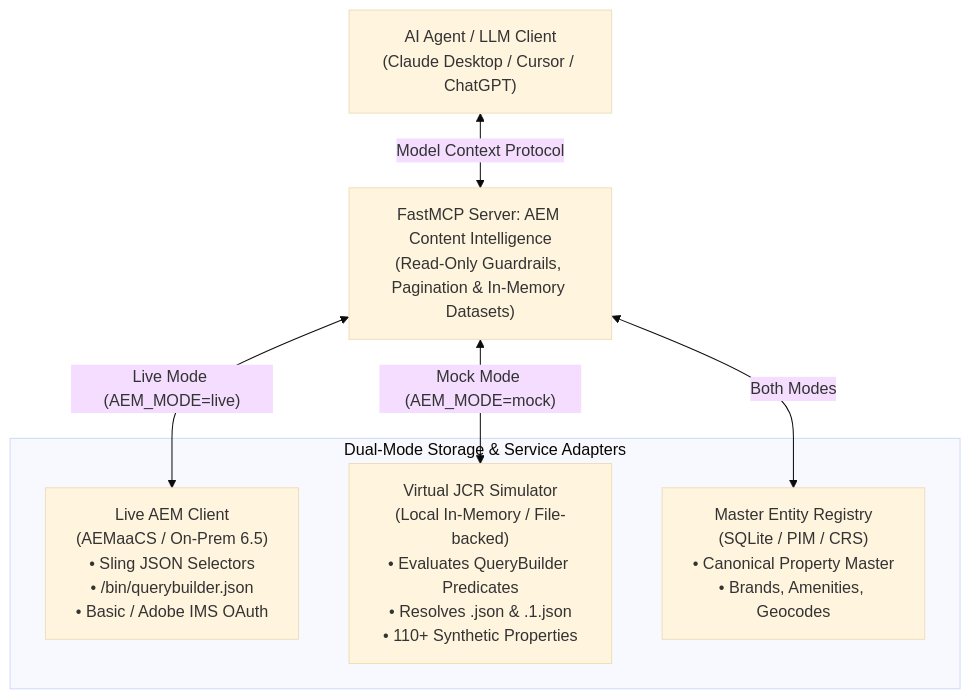
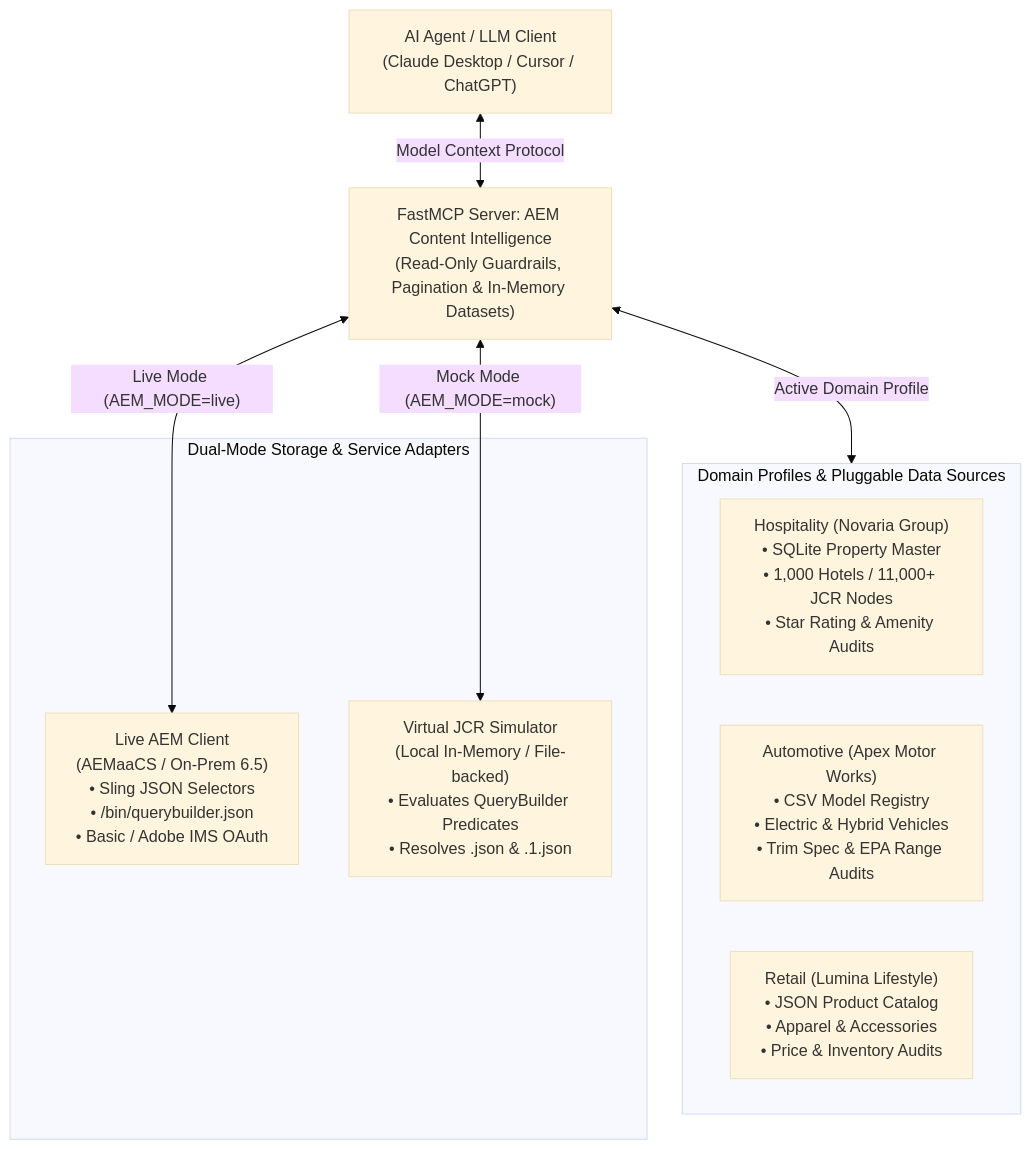
One commit to fabidi/aem-mcp-starter-kit changed the diagram in README.md. Above: the diagram before and after it, drawn with Mermaid (base theme). The commit also changed other lines of this file and 15 other files, not shown here.

Commit message:
feat(domains): add multi-domain support with automotive (CSV) and retail (JSON) presets

````diff
--- a/README.md
+++ b/README.md
@@ -22,16 +22,21 @@
 ```mermaid
 flowchart TD
     Client["AI Agent / LLM Client<br/>(Claude Desktop / Cursor / ChatGPT)"]
     MCP["FastMCP Server: AEM Content Intelligence<br/>(Read-Only Guardrails, Pagination & In-Memory Datasets)"]
 
+    subgraph DomainMgr ["Domain Profiles & Pluggable Data Sources"]
+        Hosp["Hospitality (Novaria Group)<br/>• SQLite Property Master<br/>• 1,000 Hotels / 11,000+ JCR Nodes<br/>• Star Rating & Amenity Audits"]
+        Auto["Automotive (Apex Motor Works)<br/>• CSV Model Registry<br/>• Electric & Hybrid Vehicles<br/>• Trim Spec & EPA Range Audits"]
+        Retail["Retail (Lumina Lifestyle)<br/>• JSON Product Catalog<br/>• Apparel & Accessories<br/>• Price & Inventory Audits"]
+    end
+
     subgraph Adapters ["Dual-Mode Storage & Service Adapters"]
         LiveAEM["Live AEM Client<br/>(AEMaaCS / On-Prem 6.5)<br/>• Sling JSON Selectors<br/>• /bin/querybuilder.json<br/>• Basic / Adobe IMS OAuth"]
-        MockJCR["Virtual JCR Simulator<br/>(Local In-Memory / File-backed)<br/>• Evaluates QueryBuilder Predicates<br/>• Resolves .json & .1.json<br/>• 110+ Synthetic Properties"]
-        EntityMaster["Master Entity Registry<br/>(SQLite / PIM / CRS)<br/>• Canonical Property Master<br/>• Brands, Amenities, Geocodes"]
+        MockJCR["Virtual JCR Simulator<br/>(Local In-Memory / File-backed)<br/>• Evaluates QueryBuilder Predicates<br/>• Resolves .json & .1.json"]
     end
 
     Client <-->|"Model Context Protocol"| MCP
+    MCP <-->|"Active Domain Profile"| DomainMgr
     MCP <-->|"Live Mode (AEM_MODE=live)"| LiveAEM
     MCP <-->|"Mock Mode (AEM_MODE=mock)"| MockJCR
-    MCP <-->|"Both Modes"| EntityMaster
 ```
````
